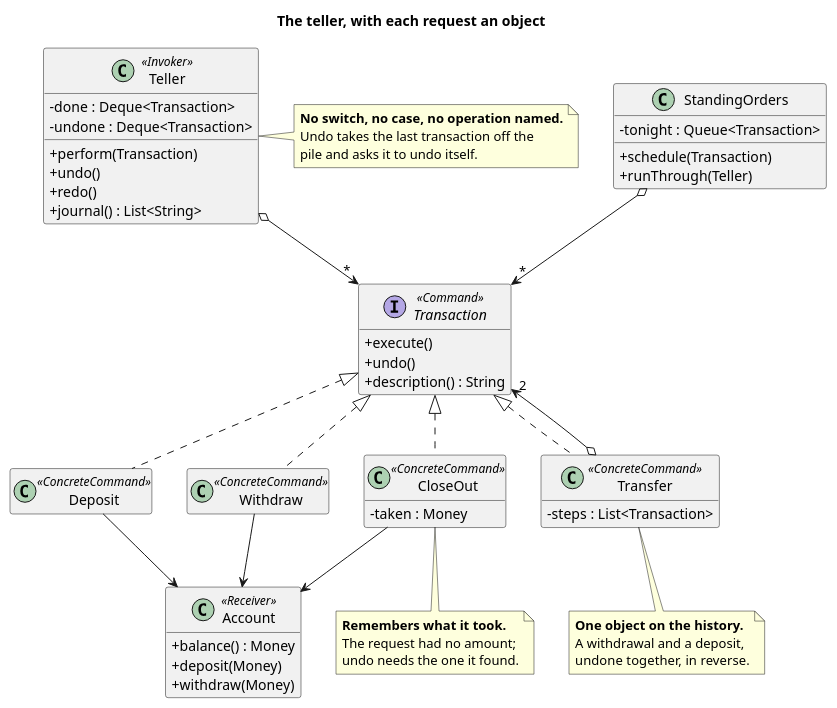
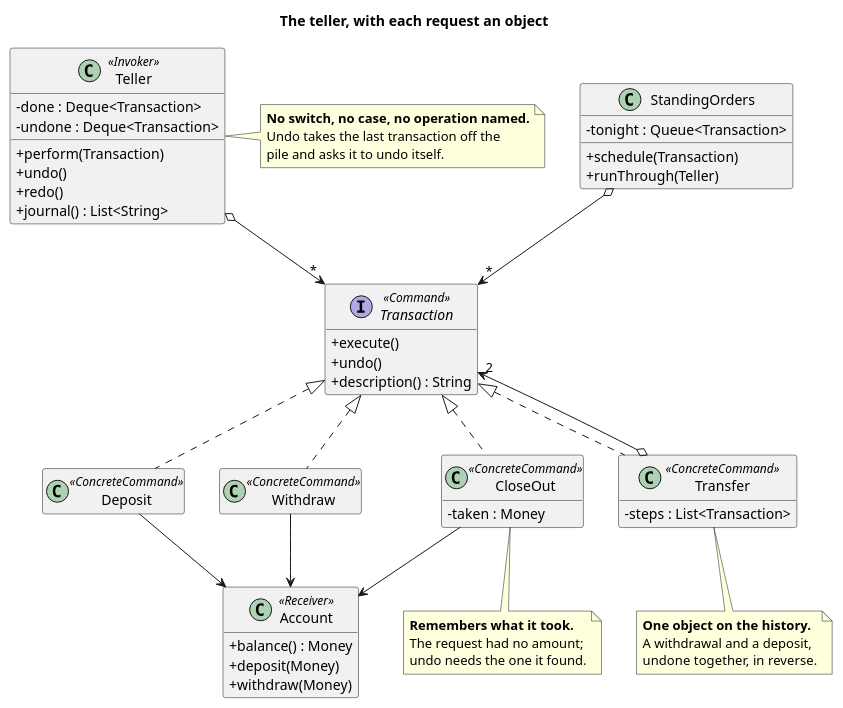
The diagram in src/main/java/dev/kaldiroglu/dp/behavioral/command/account/uml/Command - Account (Solution) - Class Diagram.puml (kaldiroglu/DesignPatternsWithJava), drawn with PlantUML before and after one commit. The commit also changed 58 other files, not shown here.

Commit message:
Behavioral diagrams: each parent above and centered over its children, on one row, with straight lines; traffic CD.png shows the current design

```diff
--- a/src/main/java/dev/kaldiroglu/dp/behavioral/command/account/uml/Command - Account (Solution) - Class Diagram.puml
+++ b/src/main/java/dev/kaldiroglu/dp/behavioral/command/account/uml/Command - Account (Solution) - Class Diagram.puml
@@ -1,70 +1,85 @@
 @startuml "Command - Account (Solution) - Class Diagram"
+skinparam linetype polyline
+skinparam class {
+  BackgroundColor<<spacer>> transparent
+  BorderColor<<spacer>> transparent
+  FontColor<<spacer>> transparent
+}
+hide <<spacer>> stereotype
+hide <<spacer>> circle
 skinparam classAttributeIconSize 0
 hide empty members
 title The teller, with each request an object
 
 class Teller <<Invoker>> {
   - done : Deque<Transaction>
   - undone : Deque<Transaction>
   + perform(Transaction)
   + undo()
   + redo()
   + journal() : List<String>
 }
 
 interface Transaction <<Command>> {
   + execute()
   + undo()
   + description() : String
 }
 
 class Deposit <<ConcreteCommand>>
 class Withdraw <<ConcreteCommand>>
 class CloseOut <<ConcreteCommand>> {
   - taken : Money
 }
 class Transfer <<ConcreteCommand>> {
   - steps : List<Transaction>
 }
 
 class Account <<Receiver>> {
   + balance() : Money
   + deposit(Money)
   + withdraw(Money)
 }
 
 class StandingOrders {
   - tonight : Queue<Transaction>
   + schedule(Transaction)
   + runThrough(Teller)
 }
 
-Teller o--> "*" Transaction
-StandingOrders o--> "*" Transaction
 Transaction <|.. Deposit
 Transaction <|.. Withdraw
 Transaction <|.. CloseOut
 Transaction <|.. Transfer
-Transfer o--> "2" Transaction
-Deposit --> Account
-Withdraw --> Account
-CloseOut --> Account
 
 note right of Teller
   <b>No switch, no case, no operation named.</b>
   Undo takes the last transaction off the
   pile and asks it to undo itself.
 end note
 
 note bottom of CloseOut
   <b>Remembers what it took.</b>
   The request had no amount;
   undo needs the one it found.
 end note
 
 note bottom of Transfer
   <b>One object on the history.</b>
   A withdrawal and a deposit,
   undone together, in reverse.
 end note
+class " " as Spacer1 <<spacer>>
+Transaction -[hidden]- Spacer1
+Transaction -[hidden]- Spacer1
+Deposit -[hidden]right- Withdraw
+Withdraw -[hidden]right- Spacer1
+Spacer1 -[hidden]right- CloseOut
+CloseOut -[hidden]right- Transfer
+Teller o--> "*" Transaction
+StandingOrders o--> "*" Transaction
+Transfer o--> "2" Transaction
+Deposit --> Account
+Withdraw --> Account
+CloseOut --> Account
 @enduml
```
